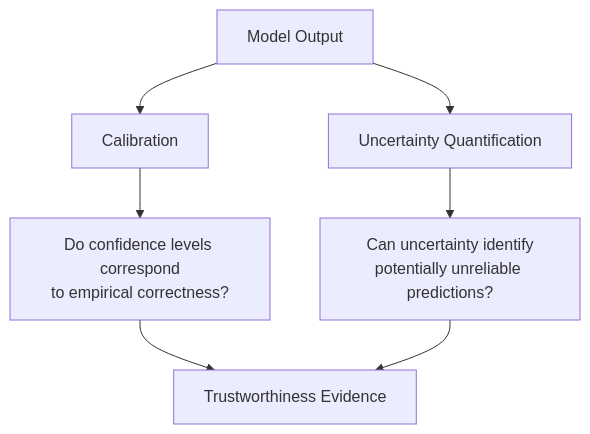
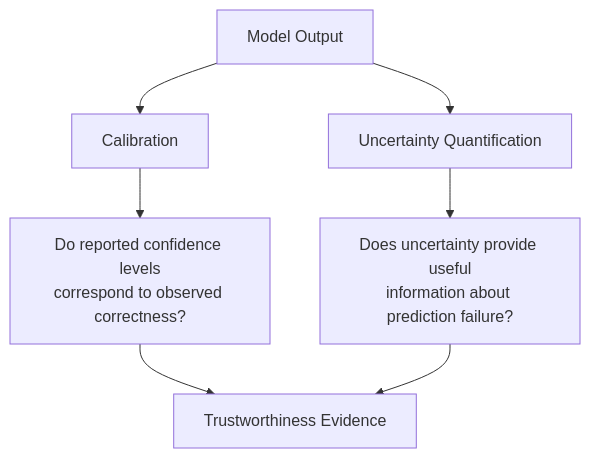
The seventh of 11 diagrams in docs/experiment_002_calibration.md (hammedfataio/trustworthy-healthcare-ai), drawn with Mermaid before and after one commit. The commit also changed other lines of this file, not shown here.

````diff
--- a/docs/experiment_002_calibration.md
+++ b/docs/experiment_002_calibration.md
@@ -660,14 +650,14 @@
 ```mermaid
 flowchart TD
 
     MODEL["Model Output"] --> CAL["Calibration"]
 
     MODEL --> UQ["Uncertainty Quantification"]
 
-    CAL --> CQ["Do confidence levels correspond<br/>to empirical correctness?"]
+    CAL --> CQ["Do reported confidence levels<br/>correspond to observed correctness?"]
 
-    UQ --> UQ1["Can uncertainty identify<br/>potentially unreliable predictions?"]
+    UQ --> UQQ["Does uncertainty provide useful<br/>information about prediction failure?"]
 
     CQ --> TRUST["Trustworthiness Evidence"]
-    UQ1 --> TRUST
+    UQQ --> TRUST
 ```
````
